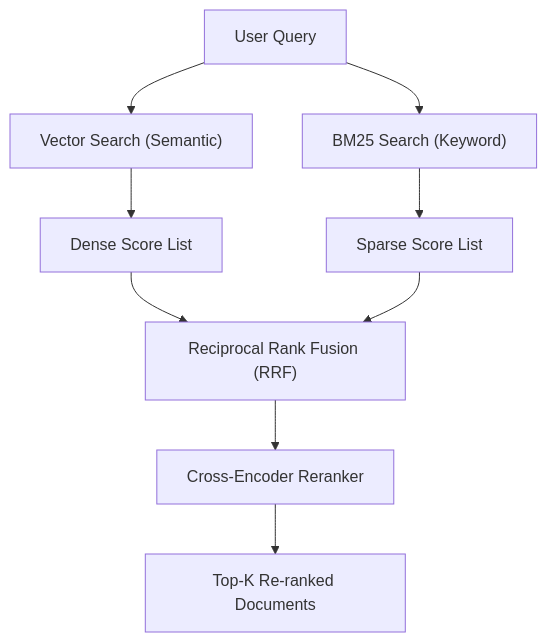
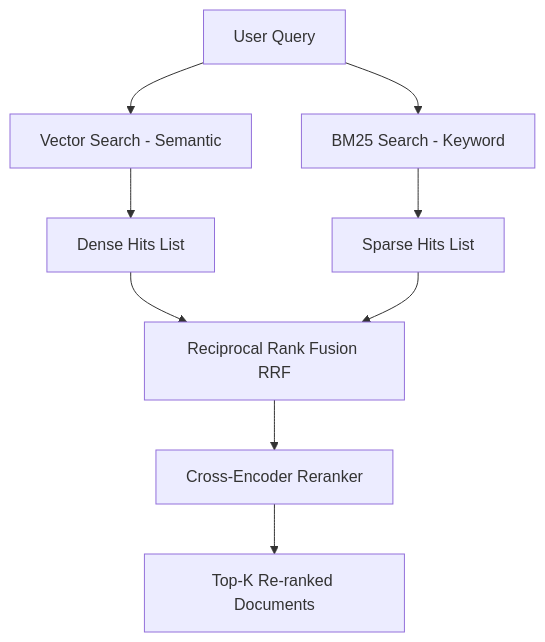
The ninth of 20 diagrams in genai_enterprise_usecases/ARCHITECTURE_GUIDE.md (sricheru/agentic-ai-portfolio), drawn with Mermaid before and after one commit. The commit also changed other lines of this file, not shown here.

Commit message:
fix(mermaid): switch to pure flowchart TD and remove label collisions

````diff
--- a/genai_enterprise_usecases/ARCHITECTURE_GUIDE.md
+++ b/genai_enterprise_usecases/ARCHITECTURE_GUIDE.md
@@ -194,11 +193,11 @@
 ```mermaid
-graph TD
-    Query["User Query"] --> Dense["Vector Search (Semantic)"]
-    Query --> Sparse["BM25 Search (Keyword)"]
-    Dense --> DenseHits["Dense Score List"]
-    Sparse --> SparseHits["Sparse Score List"]
-    DenseHits --> RRF["Reciprocal Rank Fusion (RRF)"]
+flowchart TD
+    Query[User Query] --> Dense[Vector Search - Semantic]
+    Query --> Sparse[BM25 Search - Keyword]
+    Dense --> DenseHits[Dense Hits List]
+    Sparse --> SparseHits[Sparse Hits List]
+    DenseHits --> RRF[Reciprocal Rank Fusion RRF]
     SparseHits --> RRF
-    RRF --> CrossEncoder["Cross-Encoder Reranker"]
-    CrossEncoder --> FinalResults["Top-K Re-ranked Documents"]
+    RRF --> CrossEncoder[Cross-Encoder Reranker]
+    CrossEncoder --> FinalResults[Top-K Re-ranked Documents]
 ```
````
